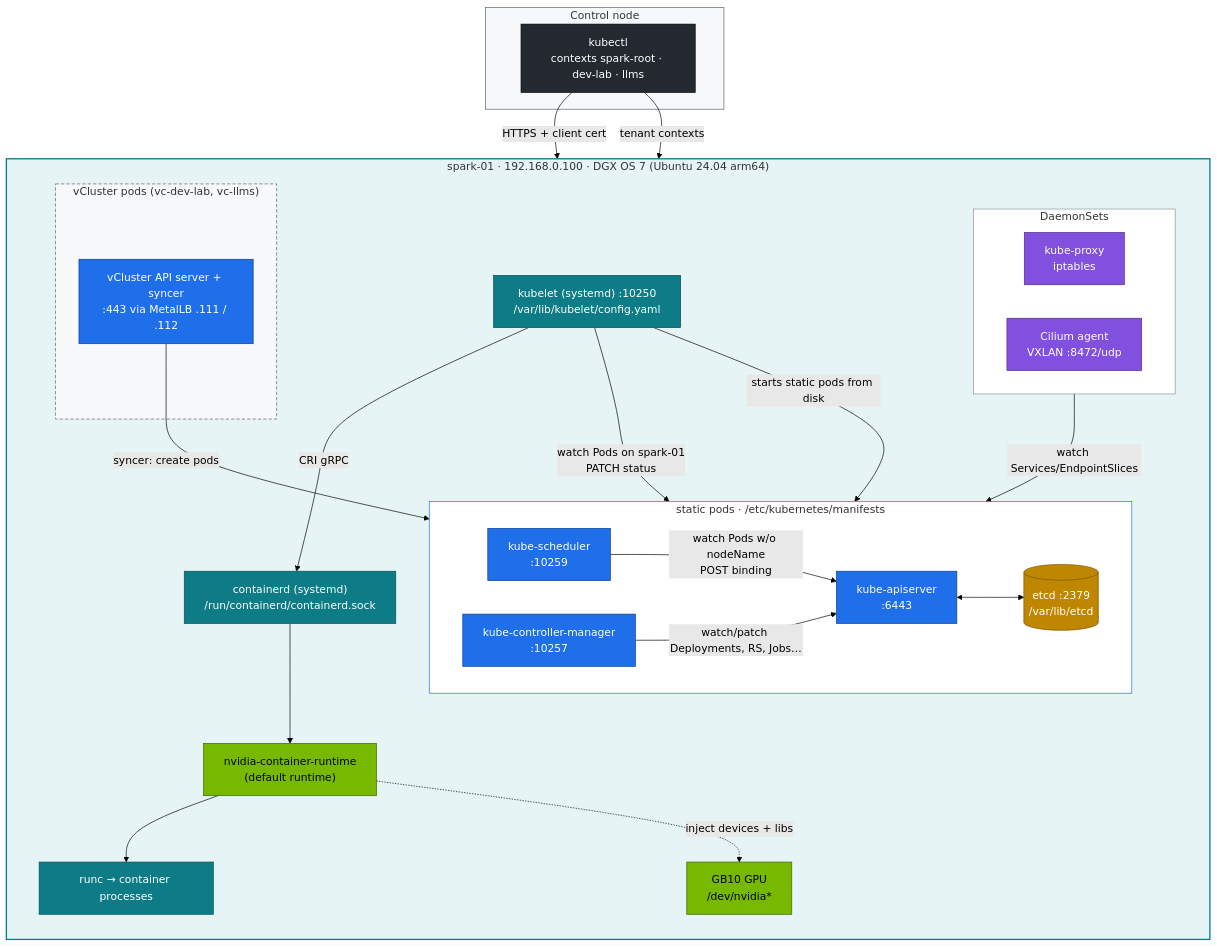
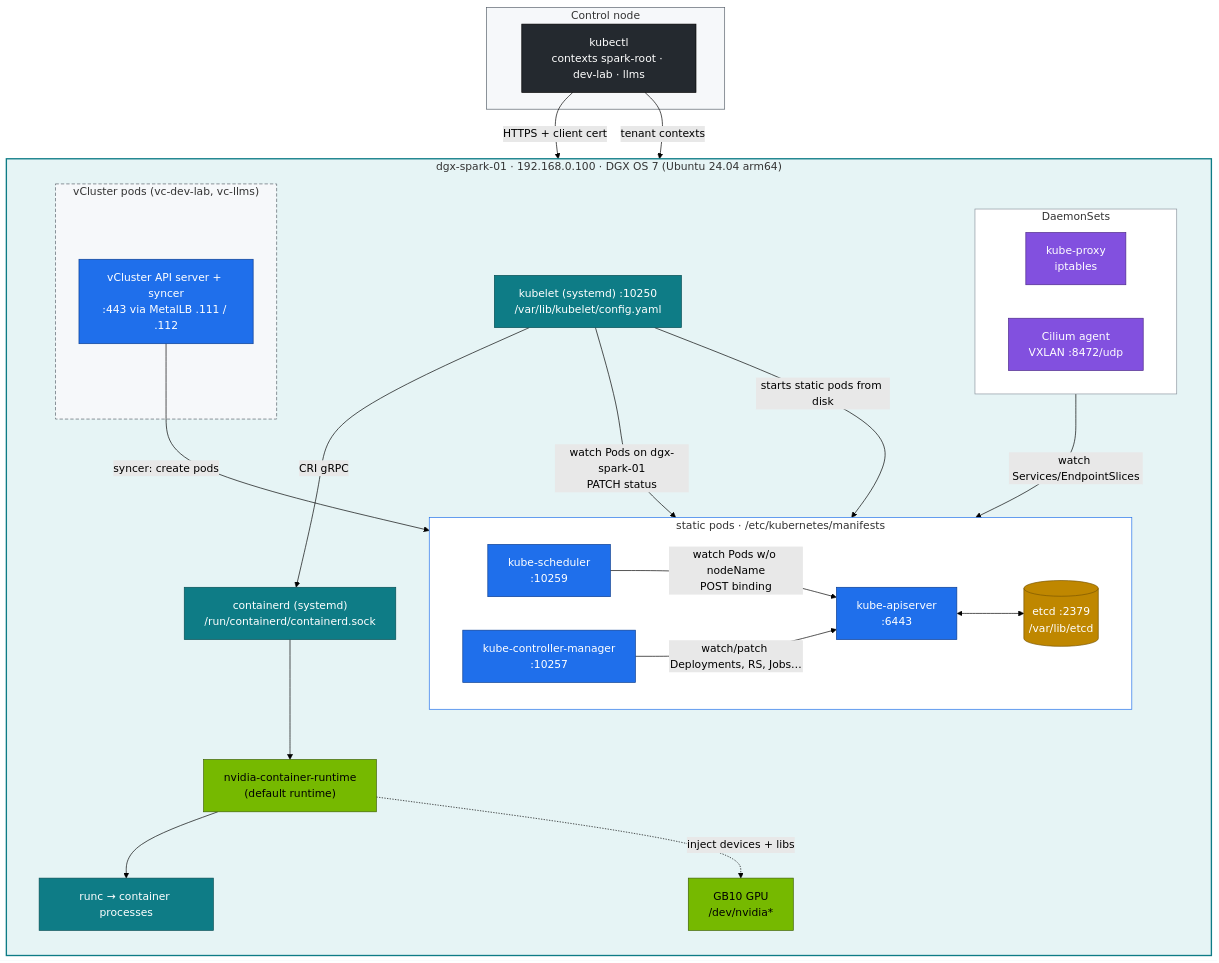
One commit to cloudone365/technical-depth changed the first of 3 diagrams in 02 Kubernetes/01-kubernetes-core-architecture.md. Above: the diagram before and after it, drawn with Mermaid (forest theme). The commit also changed other lines of this file and 88 other files, not shown here.

First line of the commit message:
Rename the Spark hosts to dgx-spark-01 / dgx-spark-02

````diff
--- a/02 Kubernetes/01-kubernetes-core-architecture.md
+++ b/02 Kubernetes/01-kubernetes-core-architecture.md
@@ -34,57 +34,57 @@
 ```mermaid
 flowchart TB
   subgraph LAPTOP["Control node"]
     KC["kubectl<br/>contexts spark-root · dev-lab · llms"]
   end
-  subgraph SPARK["spark-01 · 192.168.0.100 · DGX OS 7 (Ubuntu 24.04 arm64)"]
+  subgraph SPARK["dgx-spark-01 · 192.168.0.100 · DGX OS 7 (Ubuntu 24.04 arm64)"]
     direction TB
     subgraph SP["static pods · /etc/kubernetes/manifests"]
       direction LR
       API["kube-apiserver<br/>:6443"]
       SCH["kube-scheduler<br/>:10259"]
       CM["kube-controller-manager<br/>:10257"]
       ETCD[("etcd :2379<br/>/var/lib/etcd")]
     end
     subgraph DS["DaemonSets"]
       direction LR
       KP["kube-proxy<br/>iptables"]
       CIL["Cilium agent<br/>VXLAN :8472/udp"]
     end
     subgraph VC["vCluster pods (vc-dev-lab, vc-llms)"]
       VAPI["vCluster API server + syncer<br/>:443 via MetalLB .111 / .112"]
     end
     KL["kubelet (systemd) :10250<br/>/var/lib/kubelet/config.yaml"]
     CTRD["containerd (systemd)<br/>/run/containerd/containerd.sock"]
     NVR["nvidia-container-runtime<br/>(default runtime)"]
     RUNC["runc → container processes"]
     GB10["GB10 GPU<br/>/dev/nvidia*"]
   end
   KC -->|"HTTPS + client cert"| API
   KC -->|"tenant contexts"| VAPI
   VAPI -->|"syncer: create pods"| API
   API <--> ETCD
   SCH -->|"watch Pods w/o nodeName<br/>POST binding"| API
   CM -->|"watch/patch Deployments, RS, Jobs…"| API
-  KL -->|"watch Pods on spark-01<br/>PATCH status"| API
+  KL -->|"watch Pods on dgx-spark-01<br/>PATCH status"| API
   KP -->|"watch Services/EndpointSlices"| API
   KL -->|"starts static pods from disk"| SP
   KL -->|CRI gRPC| CTRD --> NVR --> RUNC
   NVR -.->|"inject devices + libs"| GB10
   classDef ctrl fill:#1f6feb,stroke:#0b3d91,color:#fff
   classDef node fill:#0e7c86,stroke:#064e54,color:#fff
   classDef gpu fill:#76b900,stroke:#3d6000,color:#000
   classDef net fill:#8250df,stroke:#4c2889,color:#fff
   classDef store fill:#bf8700,stroke:#7a5600,color:#fff
   classDef ext fill:#24292f,stroke:#000,color:#fff
   class API,SCH,CM,VAPI ctrl
   class KL,CTRD,RUNC node
   class KP,CIL net
   class ETCD store
   class GB10,NVR gpu
   class KC ext
   style SPARK fill:#e6f4f5,stroke:#0e7c86,stroke-width:2px
   style SP fill:#ffffff,stroke:#1f6feb
   style DS fill:#ffffff,stroke:#8c959f
   style VC fill:#f6f8fa,stroke:#57606a,stroke-dasharray:5 3
   style LAPTOP fill:#f6f8fa,stroke:#57606a
 ```
````
